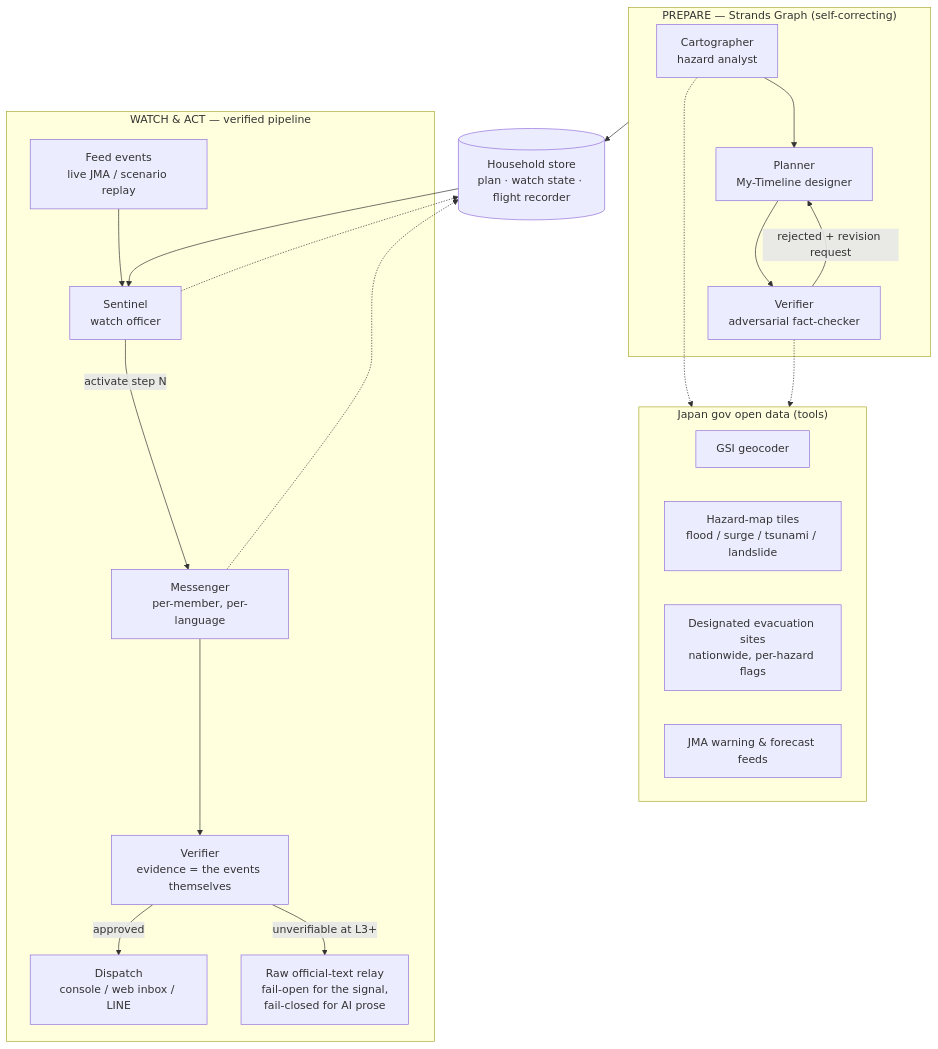
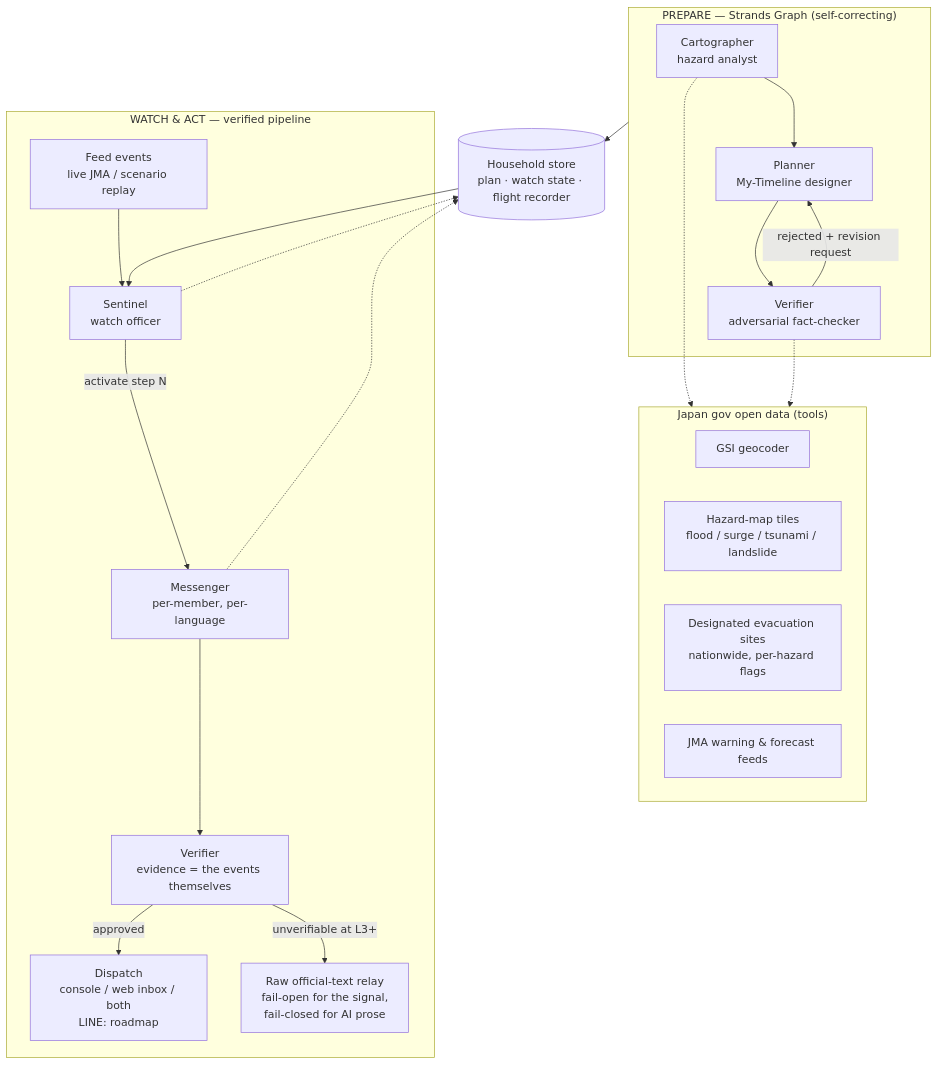
Before and after one commit to HironobuIga/sonae: the diagram in README.md, drawn with Mermaid. The commit also changed other lines of this file and 39 other files, not shown here.

````diff
--- a/README.md
+++ b/README.md
@@ -71,29 +83,29 @@
 ```mermaid
 flowchart TB
   subgraph prepare["PREPARE — Strands Graph (self-correcting)"]
     C[Cartographer<br/>hazard analyst] --> P[Planner<br/>My-Timeline designer]
     P --> V[Verifier<br/>adversarial fact-checker]
     V -- "rejected + revision request" --> P
   end
 
   subgraph data["Japan gov open data (tools)"]
     G1[GSI geocoder]
     G2[Hazard-map tiles<br/>flood / surge / tsunami / landslide]
     G3[Designated evacuation sites<br/>nationwide, per-hazard flags]
     G4[JMA warning & forecast feeds]
   end
 
   subgraph watch["WATCH & ACT — verified pipeline"]
     F[Feed events<br/>live JMA / scenario replay] --> S[Sentinel<br/>watch officer]
     S -- "activate step N" --> M[Messenger<br/>per-member, per-language]
     M --> V2[Verifier<br/>evidence = the events themselves]
-    V2 -- approved --> D[Dispatch<br/>console / web inbox / LINE]
+    V2 -- approved --> D[Dispatch<br/>console / web inbox / both<br/>LINE: roadmap]
     V2 -- "unverifiable at L3+" --> R[Raw official-text relay<br/>fail-open for the signal,<br/>fail-closed for AI prose]
   end
 
   C & V -.-> data
   S -.-> ST[(Household store<br/>plan · watch state · flight recorder)]
   M -.-> ST
   prepare --> ST
   ST --> S
 ```
````
